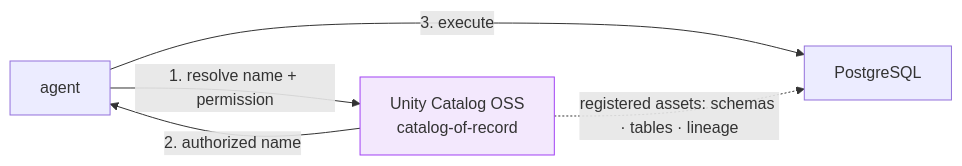
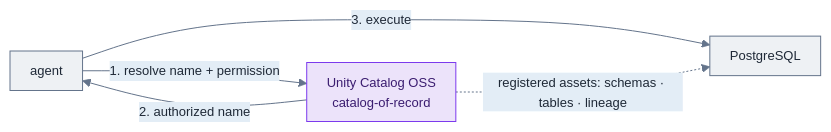
One commit to vamshi455/vrr-agent-open changed diagram 15 of 19 in README.md. Above: the diagram before and after it, drawn with Mermaid. The commit also changed other lines of this file and 2 other files, not shown here.

````diff
--- a/README.md
+++ b/README.md
@@ -790,9 +859,11 @@
 ```mermaid
+%%{init: {'theme':'base','themeVariables':{'fontFamily':'ui-sans-serif, system-ui, -apple-system, sans-serif','fontSize':'13px','lineColor':'#64748b','primaryColor':'#eef1f4','primaryTextColor':'#1f2937','primaryBorderColor':'#64748b','secondaryColor':'#e3edf6','tertiaryColor':'#eef1f4'},'flowchart':{'htmlLabels':true,'padding':10,'nodeSpacing':46,'rankSpacing':54,'curve':'basis','useMaxWidth':true},'sequence':{'useMaxWidth':true,'boxMargin':8}}}%%
 flowchart LR
     AG["agent"] -->|"1. resolve name + permission"| UC["Unity Catalog OSS<br/>catalog-of-record"]
     UC -->|"2. authorized name"| AG
     AG -->|"3. execute"| PG["PostgreSQL"]
     UC -.->|"registered assets: schemas · tables · lineage"| PG
 
-    style UC fill:#f3e8fd,stroke:#a142f4
+    classDef model fill:#ece3fa,stroke:#7c3aed,stroke-width:1px,color:#3b1d70;
+    class UC model;
 ```
````
